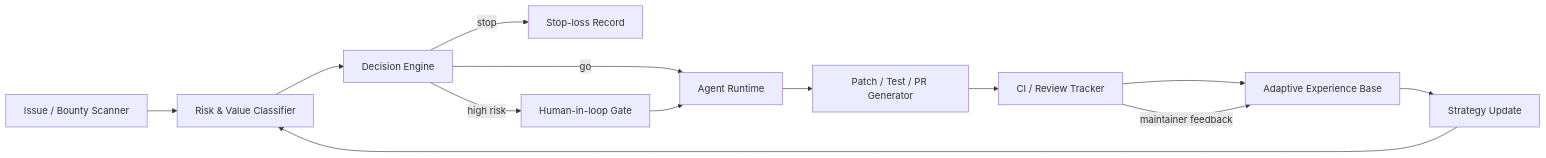
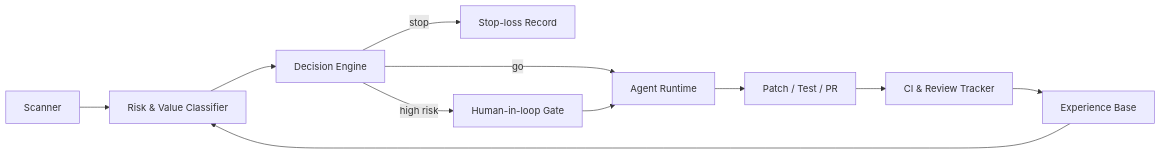
One commit to yyswhsccc/yyswhsccc changed the diagram in README.md. Above: the diagram before and after it, drawn with Mermaid. The commit also changed other lines of this file and 3 other files, not shown here.

````diff
--- a/README.md
+++ b/README.md
@@ -47,15 +46,11 @@
 ```mermaid
 flowchart LR
-  A[Issue / Bounty Scanner] --> B[Risk & Value Classifier]
+  A[Scanner] --> B[Risk & Value Classifier]
   B --> C[Decision Engine]
   C -->|go| D[Agent Runtime]
-  C -->|stop| I[Stop-loss Record]
-  D --> E[Patch / Test / PR Generator]
-  E --> F[CI / Review Tracker]
-  F --> G[Adaptive Experience Base]
-  G --> H[Strategy Update]
-  H --> B
-  F -->|maintainer feedback| G
-  C -->|high risk| J[Human-in-loop Gate]
-  J --> D
+  C -->|stop| S[Stop-loss Record]
+  C -->|high risk| H[Human-in-loop Gate] --> D
+  D --> E[Patch / Test / PR]
+  E --> F[CI & Review Tracker]
+  F --> G[Experience Base] --> B
 ```
````
